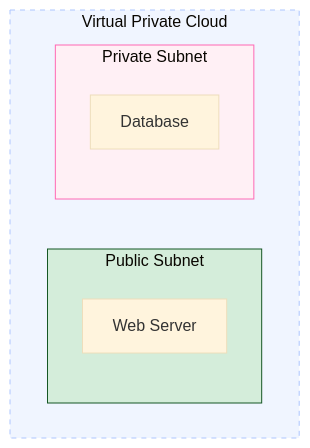
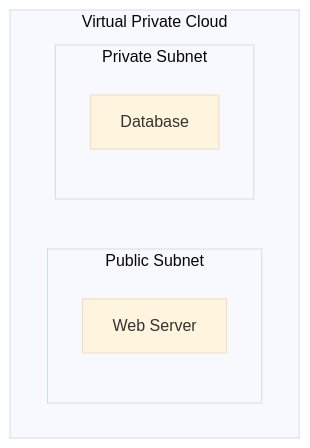
Before and after one commit to sujith-eag/sujith-library: the second of 9 diagrams in README.md, drawn with Mermaid (base theme). The commit also changed 41 other files, not shown here.

First line of the commit message:
Refactor diagrams and remove redundant styles in documentation

````diff
--- a/README.md
+++ b/README.md
@@ -367,15 +367,11 @@
 ```mermaid
 flowchart TD
     subgraph VPC [Virtual Private Cloud]
         subgraph Public [Public Subnet]
             Web[Web Server]
         end
         subgraph Private [Private Subnet]
             DB[Database]
         end
     end
-
-    style VPC fill:#f0f5ff,stroke:#adc6ff,stroke-dasharray: 5 5
-    style Public fill:#d4edda,stroke:#155724
-    style Private fill:#fff0f5,stroke:#ff69b4
 ```
````
